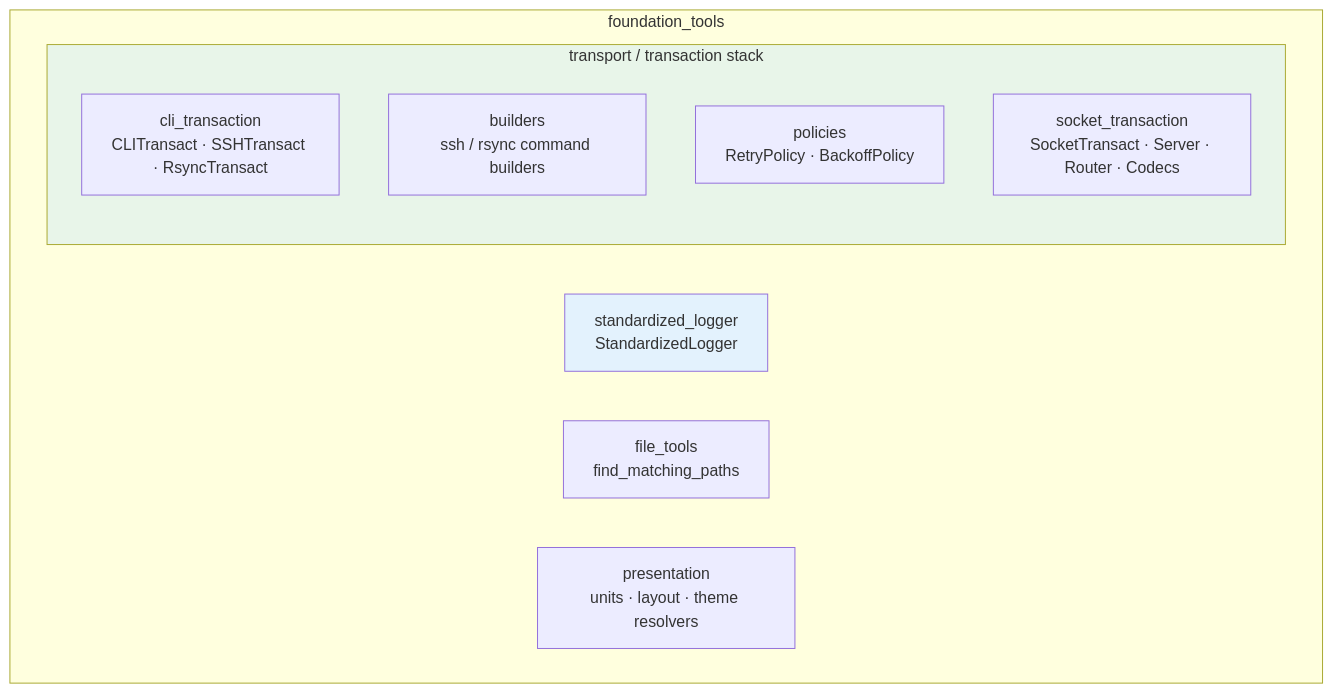
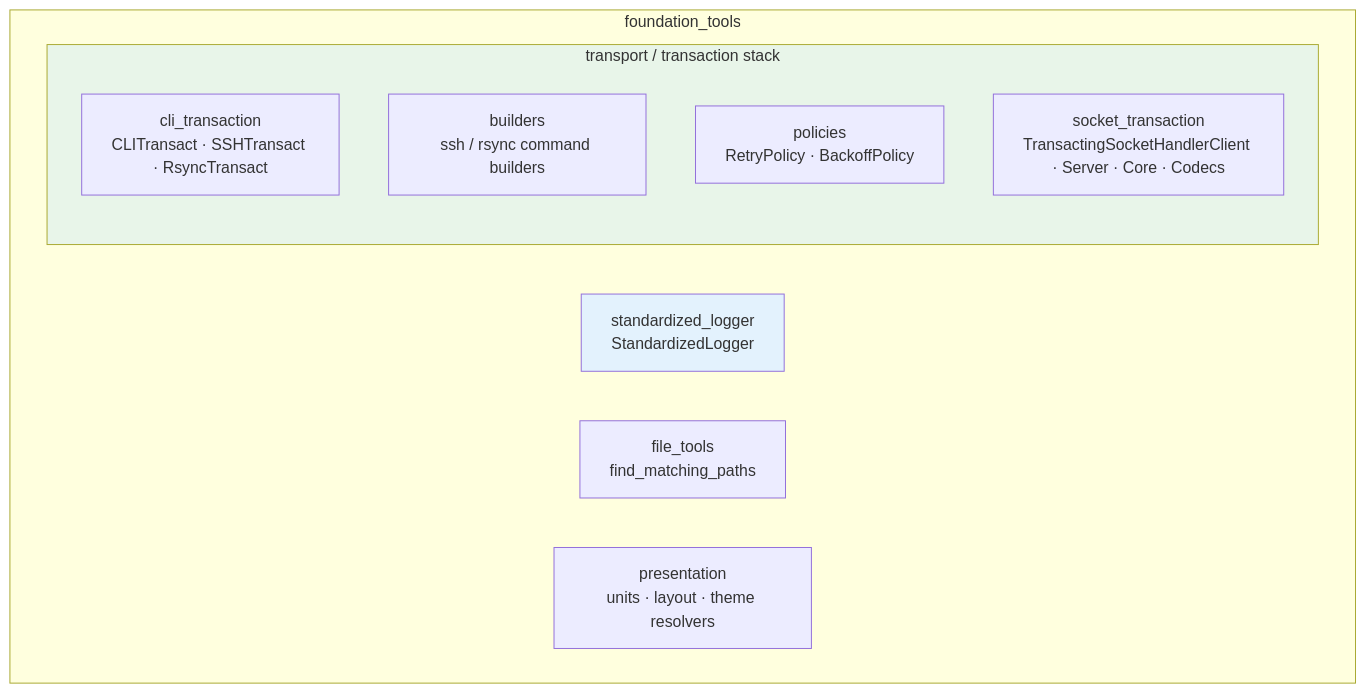
Before and after one commit to kopecn/py-foundationTools: the first of 10 diagrams in docs/foundation_tools.md, drawn with Mermaid. The commit also changed other lines of this file and 432 other files, not shown here.

````diff
--- a/docs/foundation_tools.md
+++ b/docs/foundation_tools.md
@@ -5,17 +5,17 @@
 ```mermaid
 graph TD
     subgraph ft["foundation_tools"]
         LOG["standardized_logger<br/>StandardizedLogger"]
         FILES["file_tools<br/>find_matching_paths"]
         PRES["presentation<br/>units · layout · theme resolvers"]
         subgraph transport["transport / transaction stack"]
             CLI["cli_transaction<br/>CLITransact · SSHTransact · RsyncTransact"]
             BUILD["builders<br/>ssh / rsync command builders"]
             POL["policies<br/>RetryPolicy · BackoffPolicy"]
-            SOCK["socket_transaction<br/>SocketTransact · Server · Router · Codecs"]
+            SOCK["socket_transaction<br/>TransactingSocketHandlerClient · Server · Core · Codecs"]
         end
     end
 
     style transport fill:#e8f5e9
     style LOG fill:#e3f2fd
 ```
````
